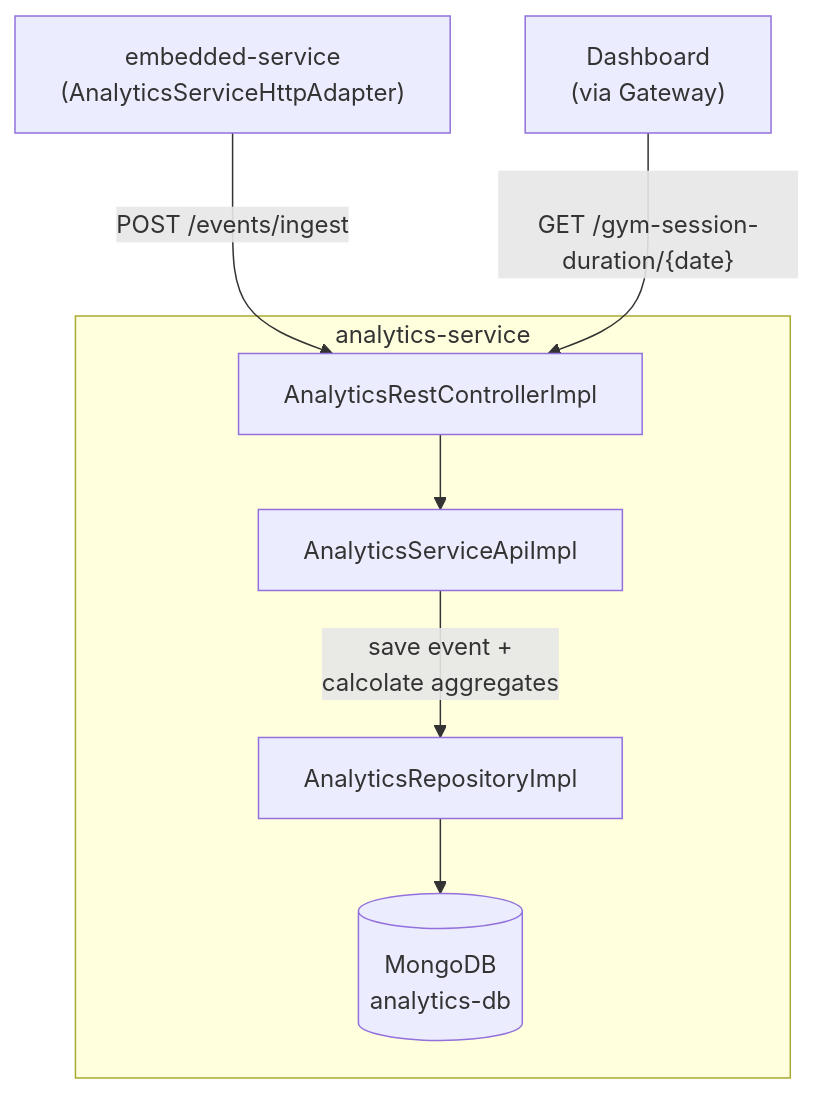
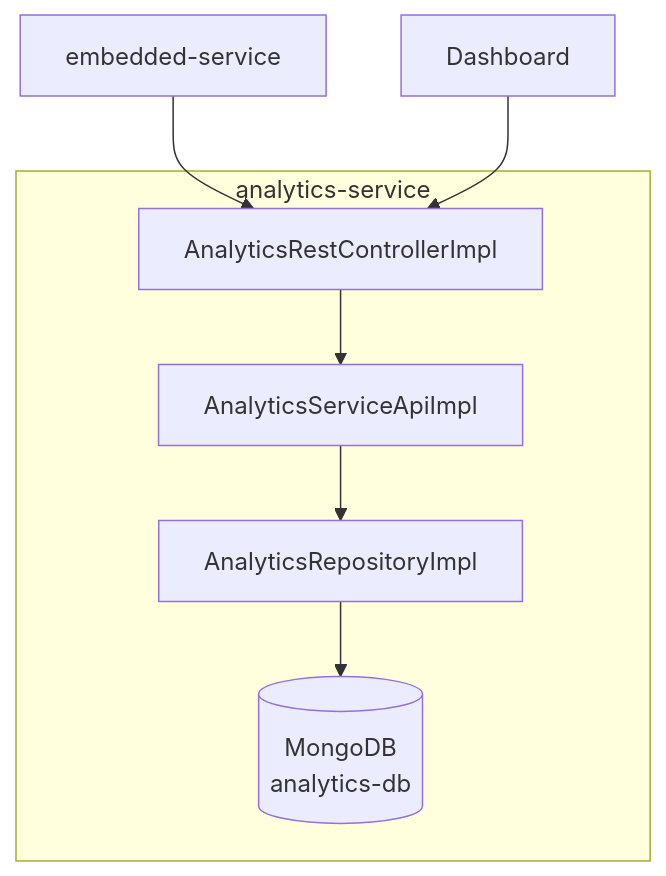
One commit to piertv21/SmartGym-Monitor changed the eighth of 10 diagrams in docs/report/Implementation.md. Above: the diagram before and after it, drawn with Mermaid. The commit also changed other lines of this file and 6 other files, not shown here.

````diff
--- a/docs/report/Implementation.md
+++ b/docs/report/Implementation.md
@@ -255,15 +258,15 @@
 ```mermaid
 flowchart TD
-    EMB["embedded-service\n(AnalyticsServiceHttpAdapter)"]
-    DASH["Dashboard\n(via Gateway)"]
+    EMB["embedded-service"]
+    DASH["Dashboard"]
 
     subgraph analytics-service
         CTRL["AnalyticsRestControllerImpl"]
         CTRL --> API["AnalyticsServiceApiImpl"]
-        API -->|"save event +\ncalcolate aggregates"| REPO["AnalyticsRepositoryImpl"]
+        API --> REPO["AnalyticsRepositoryImpl"]
         REPO --> DB[(MongoDB\nanalytics-db)]
     end
 
-    EMB -->|"POST /events/ingest"| CTRL
-    DASH -->|"\nGET /gym-session-duration/{date}"| CTRL
+    EMB --> CTRL
+    DASH --> CTRL
 ```
````
